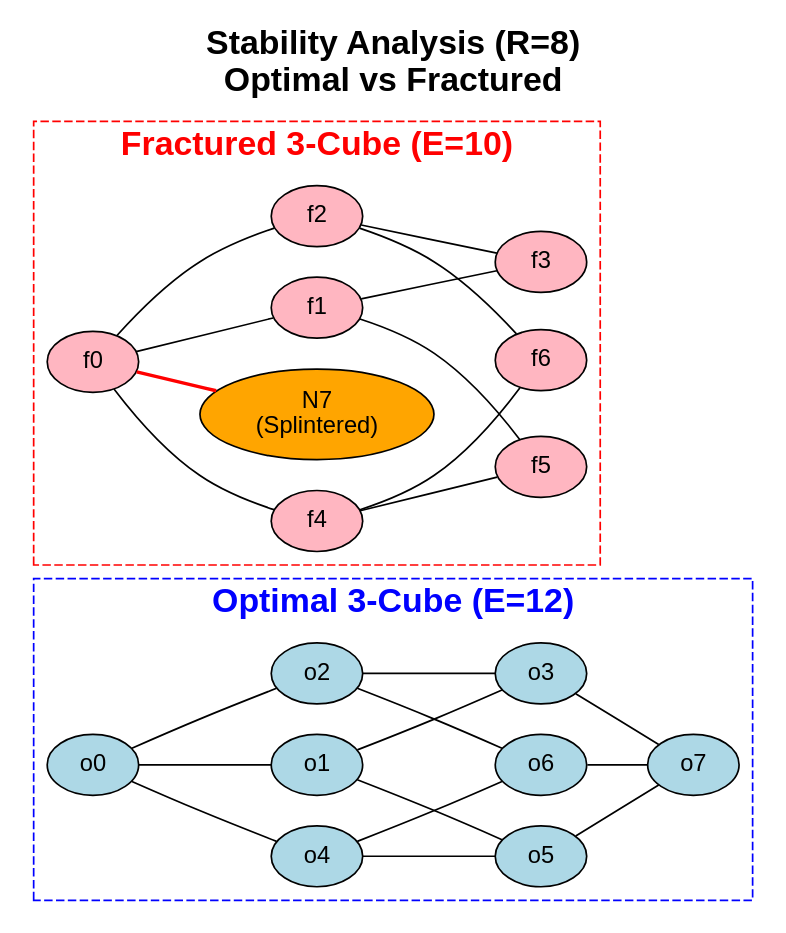
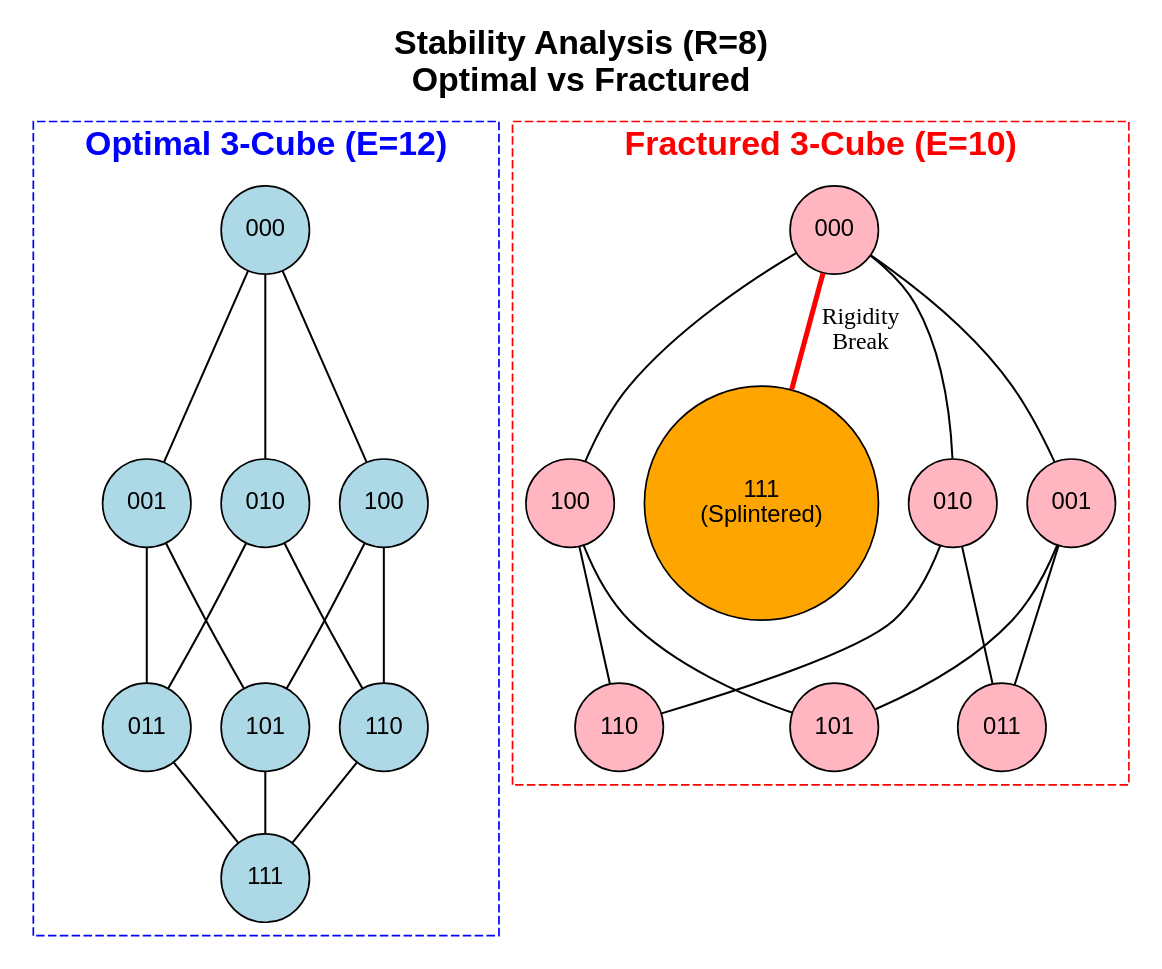
One commit to ou-school-repos/program-arrangement-extraconnectivity changed the diagram in assets/r8_stability.dot. Above: the diagram before and after it, drawn with Graphviz. The commit also changed 8 other files, not shown here.

```diff
--- a/assets/r8_stability.dot
+++ b/assets/r8_stability.dot
@@ -1,39 +1,53 @@
 graph Comparison_3 {
-  graph [label="Stability Analysis (R=8)
-Optimal vs Fractured", labelloc=t, fontname="Helvetica-bold", fontsize=20, rankdir=LR];
-  node [fontname="Helvetica", style=filled];
+  graph [label="Stability Analysis (R=8)\nOptimal vs Fractured", labelloc=t, fontname="Helvetica-bold", fontsize=20];
+  node [fontname="Helvetica", style=filled, shape=circle, width=0.6];
+  edge [penwidth=1.2];
   subgraph cluster_opt {
     label="Optimal 3-Cube (E=12)";
     color=blue; fontcolor=blue; style=dashed;
-    node [fillcolor=lightblue];
+    o0 [fillcolor=lightblue, label="000"];
+    o1 [fillcolor=lightblue, label="001"];
+    o2 [fillcolor=lightblue, label="010"];
+    o3 [fillcolor=lightblue, label="011"];
+    o4 [fillcolor=lightblue, label="100"];
+    o5 [fillcolor=lightblue, label="101"];
+    o6 [fillcolor=lightblue, label="110"];
+    o7 [fillcolor=lightblue, label="111"];
     o0 -- o1;
     o0 -- o2;
     o0 -- o4;
     o1 -- o3;
     o1 -- o5;
     o2 -- o3;
     o2 -- o6;
     o3 -- o7;
     o4 -- o5;
     o4 -- o6;
     o5 -- o7;
     o6 -- o7;
   }
   subgraph cluster_frac {
     label="Fractured 3-Cube (E=10)";
     color=red; fontcolor=red; style=dashed;
-    node [fillcolor=lightpink];
+    f0 [fillcolor=lightpink, label="000"];
+    f1 [fillcolor=lightpink, label="001"];
+    f2 [fillcolor=lightpink, label="010"];
+    f3 [fillcolor=lightpink, label="011"];
+    f4 [fillcolor=lightpink, label="100"];
+    f5 [fillcolor=lightpink, label="101"];
+    f6 [fillcolor=lightpink, label="110"];
     f0 -- f1;
     f0 -- f2;
     f0 -- f4;
     f1 -- f3;
     f1 -- f5;
     f2 -- f3;
     f2 -- f6;
     f4 -- f5;
     f4 -- f6;
-    f7 [fillcolor=orange, label="N7
+    f7 [fillcolor=orange, label="111
 (Splintered)"];
-    f0 -- f7 [color=red, penwidth=2.0];
+    f0 -- f7 [color=red, penwidth=3.0, label="Rigidity
+Break"];
   }
 }
```
